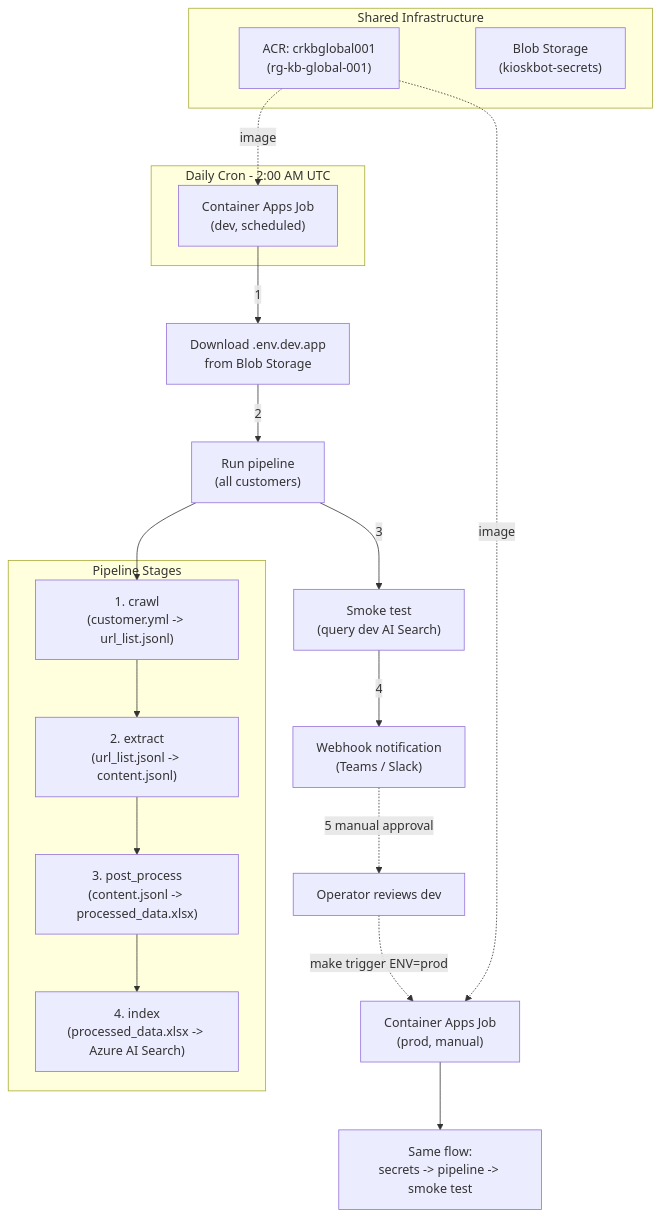
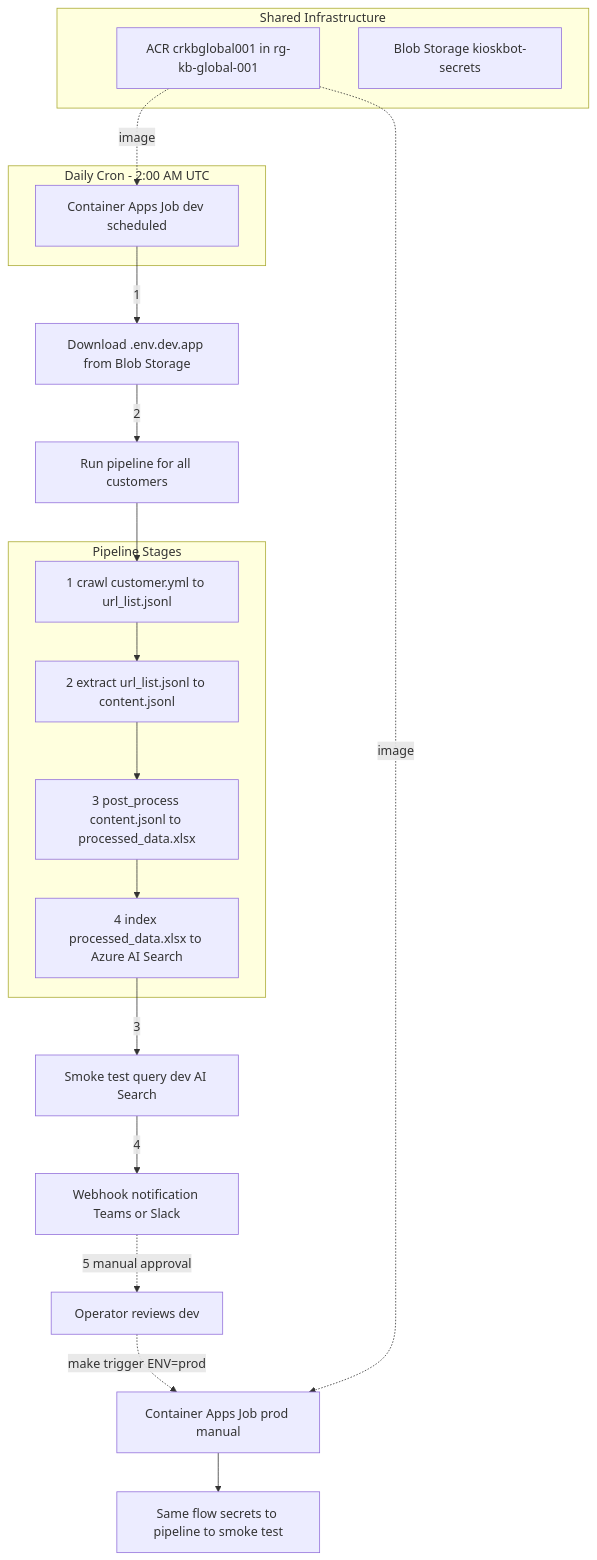
One commit to dsl-unibe-ch/dsl_bot_etl changed the diagram in README.MD. Above: the diagram before and after it, drawn with Mermaid. The commit also changed other lines of this file, not shown here.

````diff
--- a/README.MD
+++ b/README.MD
@@ -222,28 +227,28 @@
 ```mermaid
 flowchart TD
   subgraph daily [Daily Cron - 2:00 AM UTC]
-    DevJob["Container Apps Job\n(dev, scheduled)"]
+    DevJob["Container Apps Job dev scheduled"]
   end
-  DevJob -->|1| Secrets["Download .env.dev.app\nfrom Blob Storage"]
-  Secrets -->|2| Pipeline["Run pipeline\n(all customers)"]
+  DevJob -->|1| Secrets["Download .env.dev.app from Blob Storage"]
+  Secrets -->|2| Pipeline["Run pipeline for all customers"]
   subgraph etlPipeline [Pipeline Stages]
-    Crawl["1. crawl\n(customer.yml -> url_list.jsonl)"]
-    Extract["2. extract\n(url_list.jsonl -> content.jsonl)"]
-    PostProcess["3. post_process\n(content.jsonl -> processed_data.xlsx)"]
-    Index["4. index\n(processed_data.xlsx -> Azure AI Search)"]
+    Crawl["1 crawl customer.yml to url_list.jsonl"]
+    Extract["2 extract url_list.jsonl to content.jsonl"]
+    PostProcess["3 post_process content.jsonl to processed_data.xlsx"]
+    Index["4 index processed_data.xlsx to Azure AI Search"]
     Crawl --> Extract --> PostProcess --> Index
   end
   Pipeline --> Crawl
-  Pipeline -->|3| SmokeTest["Smoke test\n(query dev AI Search)"]
-  SmokeTest -->|4| Notify["Webhook notification\n(Teams / Slack)"]
+  Index -->|3| SmokeTest["Smoke test query dev AI Search"]
+  SmokeTest -->|4| Notify["Webhook notification Teams or Slack"]
   Notify -.->|5 manual approval| Operator["Operator reviews dev"]
-  Operator -.->|"make trigger ENV=prod"| ProdJob["Container Apps Job\n(prod, manual)"]
-  ProdJob --> ProdPipeline["Same flow:\nsecrets -> pipeline -> smoke test"]
+  Operator -.->|"make trigger ENV=prod"| ProdJob["Container Apps Job prod manual"]
+  ProdJob --> ProdPipeline["Same flow secrets to pipeline to smoke test"]
 
   subgraph shared [Shared Infrastructure]
-    ACR["ACR: crkbglobal001\n(rg-kb-global-001)"]
-    BlobStorage["Blob Storage\n(kioskbot-secrets)"]
+    ACR["ACR crkbglobal001 in rg-kb-global-001"]
+    BlobStorage["Blob Storage kioskbot-secrets"]
   end
   ACR -.->|image| DevJob
   ACR -.->|image| ProdJob
 ```
````
